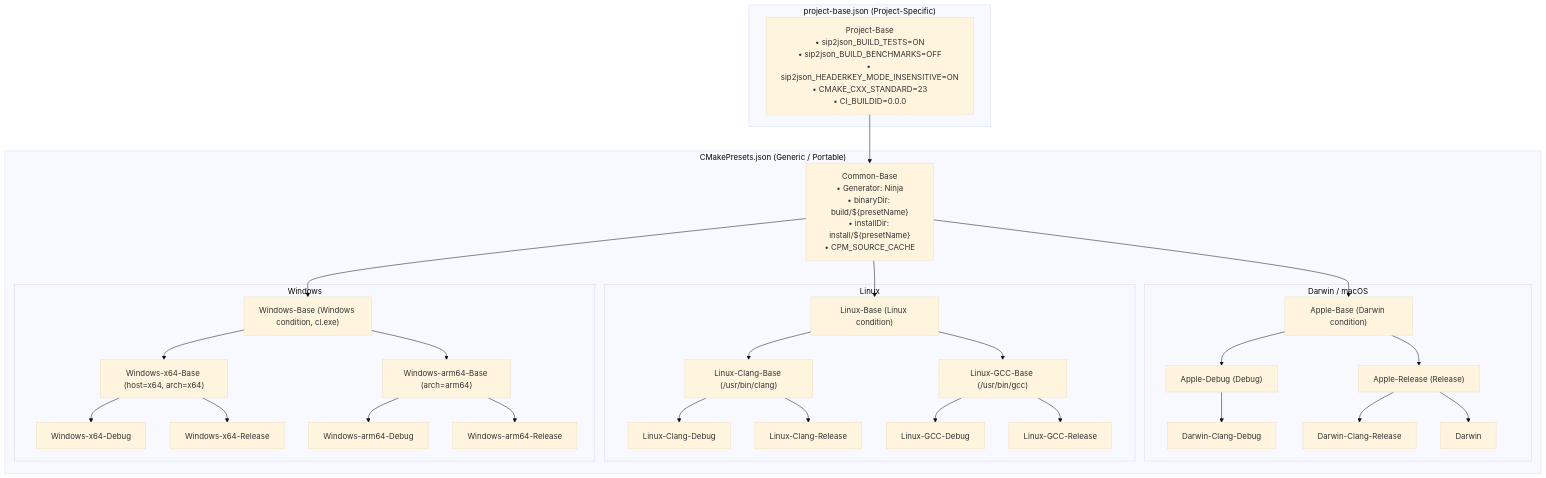
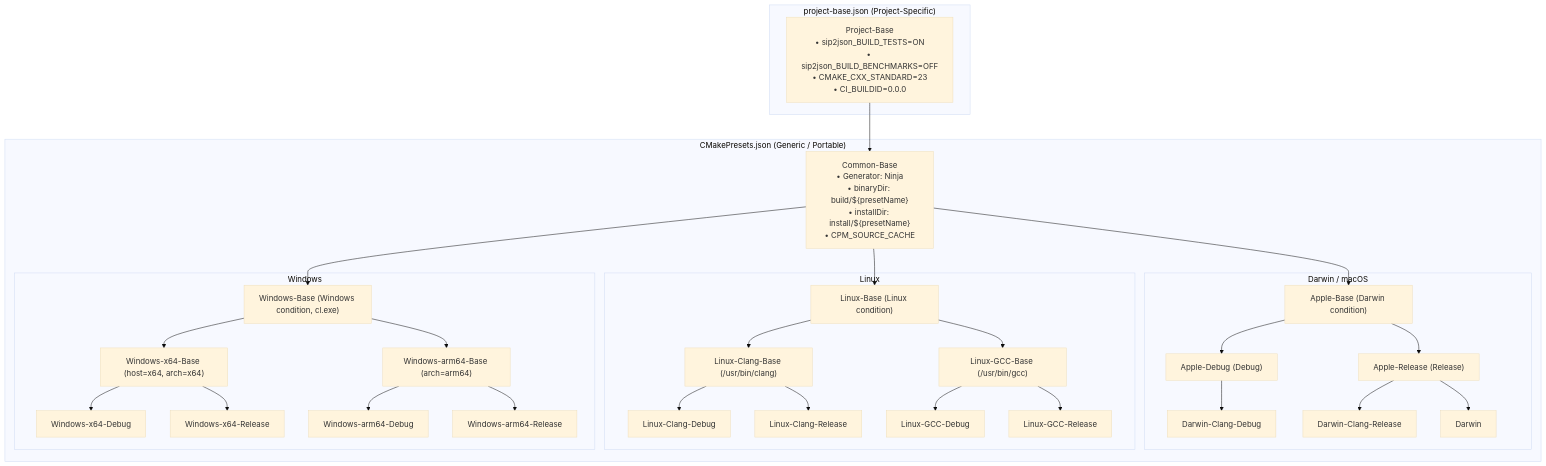
One commit to SiddiqSoft/sip2json changed the second of 3 diagrams in docs/maintainers/pipelines.md. Above: the diagram before and after it, drawn with Mermaid (base theme). The commit also changed other lines of this file and 8 other files, not shown here.

First line of the commit message:
fix: remove HEADERKEY_MODE_INSENSITIVE and fix benchmarks/benchmark.cpp startline parsing

````diff
--- a/docs/maintainers/pipelines.md
+++ b/docs/maintainers/pipelines.md
@@ -69,56 +69,56 @@
 ```mermaid
 flowchart TD
     subgraph PB["project-base.json (Project-Specific)"]
-        PBase["Project-Base<br/>• sip2json_BUILD_TESTS=ON<br/>• sip2json_BUILD_BENCHMARKS=OFF<br/>• sip2json_HEADERKEY_MODE_INSENSITIVE=ON<br/>• CMAKE_CXX_STANDARD=23<br/>• CI_BUILDID=0.0.0"]
+        PBase["Project-Base<br/>• sip2json_BUILD_TESTS=ON<br/>• sip2json_BUILD_BENCHMARKS=OFF<br/>• CMAKE_CXX_STANDARD=23<br/>• CI_BUILDID=0.0.0"]
     end
 
     subgraph CP["CMakePresets.json (Generic / Portable)"]
         CBase["Common-Base<br/>• Generator: Ninja<br/>• binaryDir: build/${presetName}<br/>• installDir: install/${presetName}<br/>• CPM_SOURCE_CACHE"]
 
         subgraph Darwin["Darwin / macOS"]
             ABase["Apple-Base (Darwin condition)"]
             ADebug["Apple-Debug (Debug)"]
             ARelease["Apple-Release (Release)"]
             DCDebug["Darwin-Clang-Debug"]
             DCRelease["Darwin-Clang-Release"]
             DDefault["Darwin"]
         end
 
         subgraph Linux["Linux"]
             LBase["Linux-Base (Linux condition)"]
             LClangBase["Linux-Clang-Base (/usr/bin/clang)"]
             LGCCBase["Linux-GCC-Base (/usr/bin/gcc)"]
             LCDebug["Linux-Clang-Debug"]
             LCRelease["Linux-Clang-Release"]
             LGDebug["Linux-GCC-Debug"]
             LGRelease["Linux-GCC-Release"]
         end
 
         subgraph Windows["Windows"]
             WBase["Windows-Base (Windows condition, cl.exe)"]
             Wx64Base["Windows-x64-Base (host=x64, arch=x64)"]
             WarmBase["Windows-arm64-Base (arch=arm64)"]
             Wx64Debug["Windows-x64-Debug"]
             Wx64Release["Windows-x64-Release"]
             WarmDebug["Windows-arm64-Debug"]
             WarmRelease["Windows-arm64-Release"]
         end
     end
 
     PBase --> CBase
     CBase --> ABase
     CBase --> LBase
     CBase --> WBase
 
     ABase --> ADebug & ARelease
     ADebug --> DCDebug
     ARelease --> DCRelease & DDefault
 
     LBase --> LClangBase & LGCCBase
     LClangBase --> LCDebug & LCRelease
     LGCCBase --> LGDebug & LGRelease
 
     WBase --> Wx64Base & WarmBase
     Wx64Base --> Wx64Debug & Wx64Release
     WarmBase --> WarmDebug & WarmRelease
 ```
````
